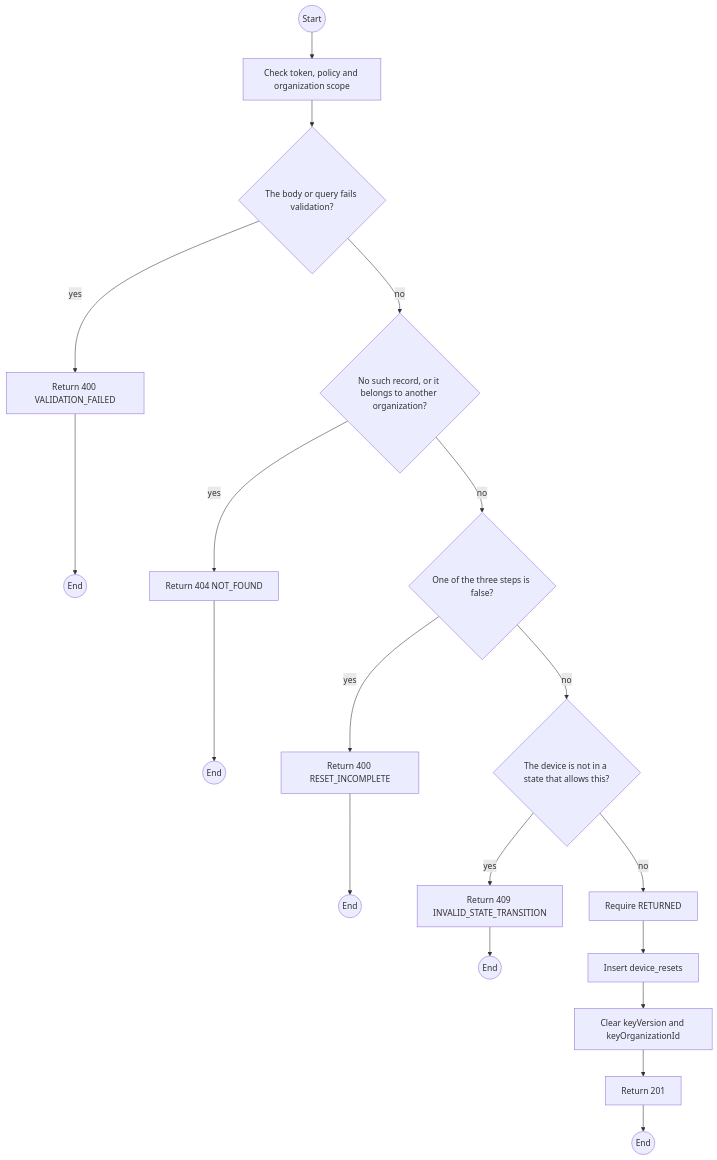
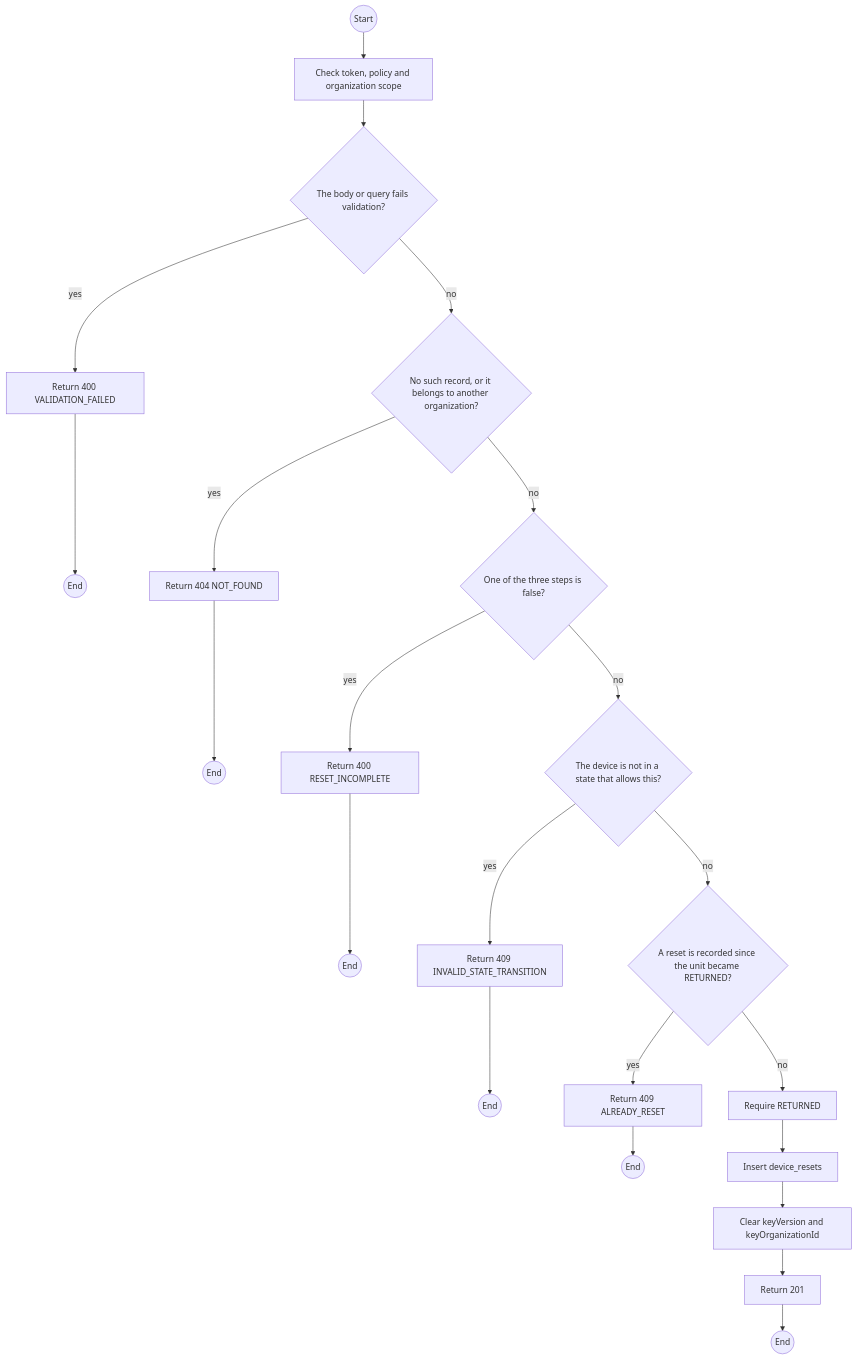
One commit to TrekLink-Team/treklink-web changed the first of 2 diagrams in specs/devices/api-design/10-post-devices-id-reset.md. Above: the diagram before and after it, drawn with Mermaid. The commit also changed other lines of this file and 18 other files, not shown here.

First line of the commit message:
fix: keep the return counter reset across a reload and refuse a second reset

````diff
--- a/specs/devices/api-design/10-post-devices-id-reset.md
+++ b/specs/devices/api-design/10-post-devices-id-reset.md
@@ -191,35 +208,40 @@
 ```mermaid
 flowchart TB
     S((Start))
     A0["Check token, policy and organization scope"]
     S --> A0
     D1{"The body or query fails validation?"}
     A0 --> D1
     E1["Return 400 VALIDATION_FAILED"]
     D1 -->|yes| E1
     E1 --> X1((End))
     D2{"No such record, or it belongs to another organization?"}
     D1 -->|no| D2
     E2["Return 404 NOT_FOUND"]
     D2 -->|yes| E2
     E2 --> X2((End))
     D3{"One of the three steps is false?"}
     D2 -->|no| D3
     E3["Return 400 RESET_INCOMPLETE"]
     D3 -->|yes| E3
     E3 --> X3((End))
     D4{"The device is not in a state that allows this?"}
     D3 -->|no| D4
     E4["Return 409 INVALID_STATE_TRANSITION"]
     D4 -->|yes| E4
     E4 --> X4((End))
+    D5{"A reset is recorded since the unit became RETURNED?"}
+    D4 -->|no| D5
+    E5["Return 409 ALREADY_RESET"]
+    D5 -->|yes| E5
+    E5 --> X5((End))
     P0["Require RETURNED"]
-    D4 -->|no| P0
+    D5 -->|no| P0
     P1["Insert device_resets"]
     P0 --> P1
     P2["Clear keyVersion and keyOrganizationId"]
     P1 --> P2
     OK["Return 201"]
     P2 --> OK
     OK --> Z((End))
 ```
````
